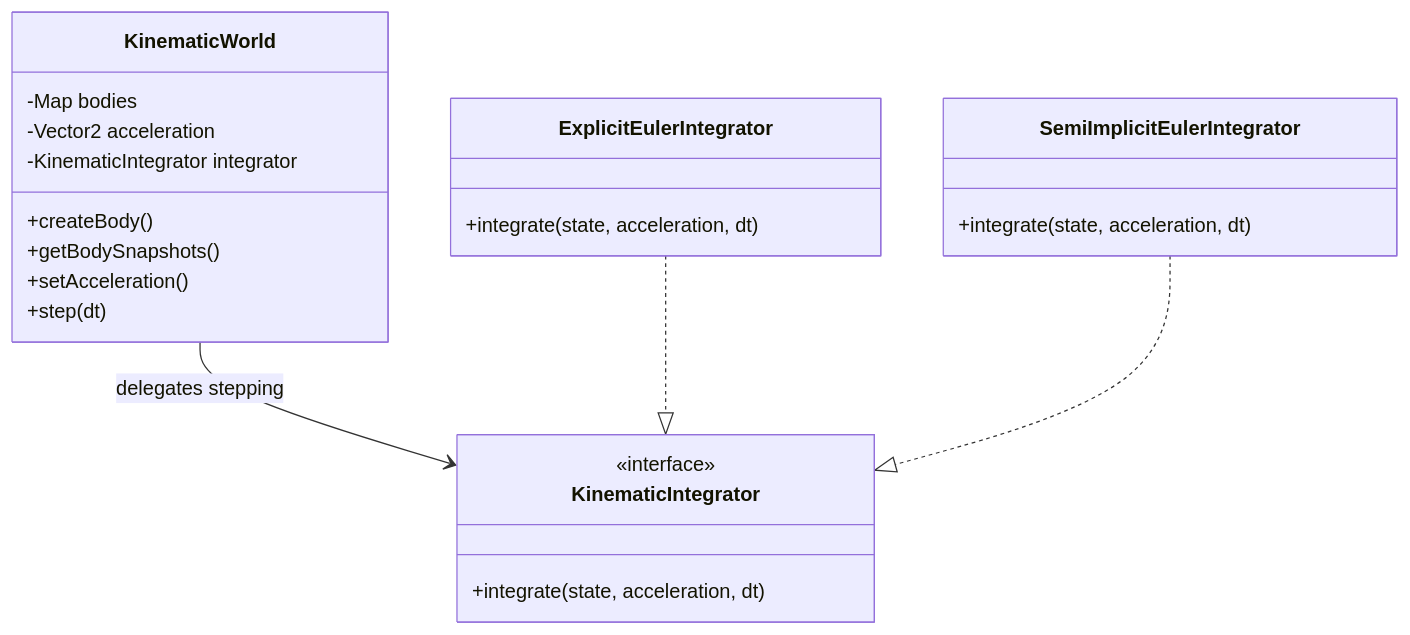
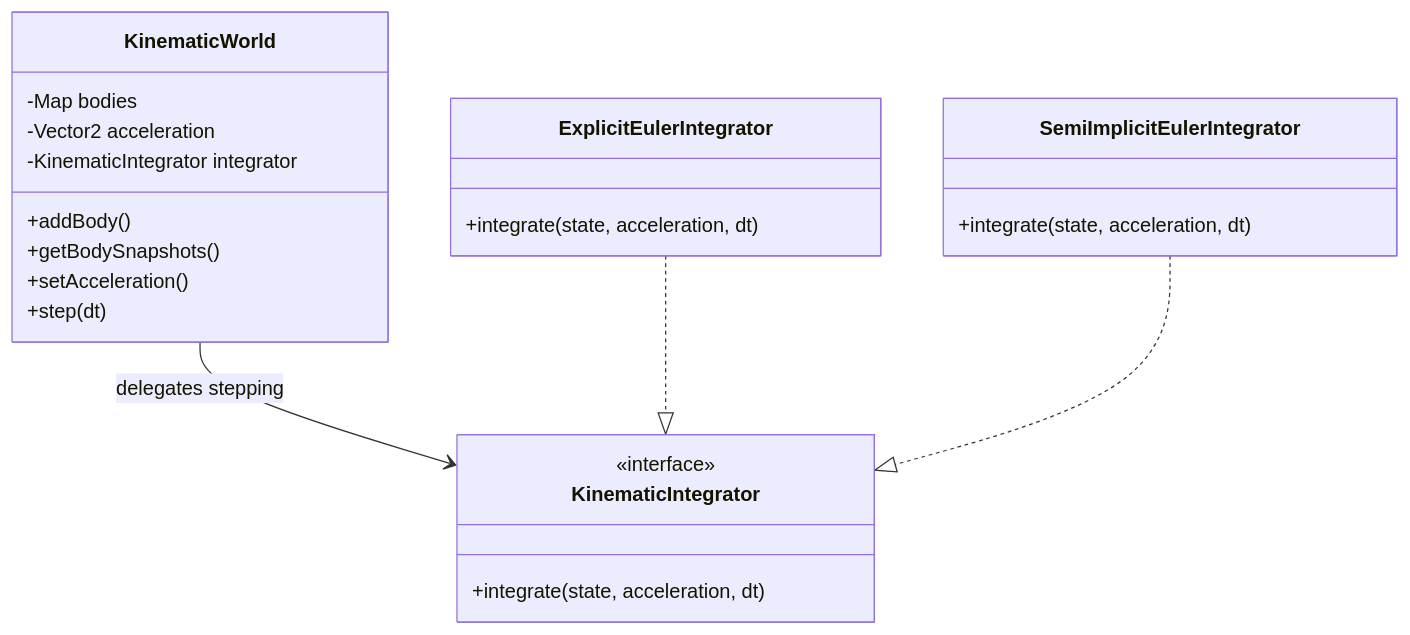
One commit to fa-ribeiro/vLab2D changed the sixth of 21 diagrams in docs/architecture/README.md. Above: the diagram before and after it, drawn with Mermaid. The commit also changed other lines of this file and 27 other files, not shown here.

````diff
--- a/docs/architecture/README.md
+++ b/docs/architecture/README.md
@@ -282,29 +294,29 @@
 ```mermaid
 classDiagram
     class KinematicWorld {
         -Map bodies
         -Vector2 acceleration
         -KinematicIntegrator integrator
-        +createBody()
+        +addBody()
         +getBodySnapshots()
         +setAcceleration()
         +step(dt)
     }
 
     class KinematicIntegrator {
         <<interface>>
         +integrate(state, acceleration, dt)
     }
 
     class ExplicitEulerIntegrator {
         +integrate(state, acceleration, dt)
     }
 
     class SemiImplicitEulerIntegrator {
         +integrate(state, acceleration, dt)
     }
 
     KinematicWorld --> KinematicIntegrator : delegates stepping
     ExplicitEulerIntegrator ..|> KinematicIntegrator
     SemiImplicitEulerIntegrator ..|> KinematicIntegrator
 ```
````
